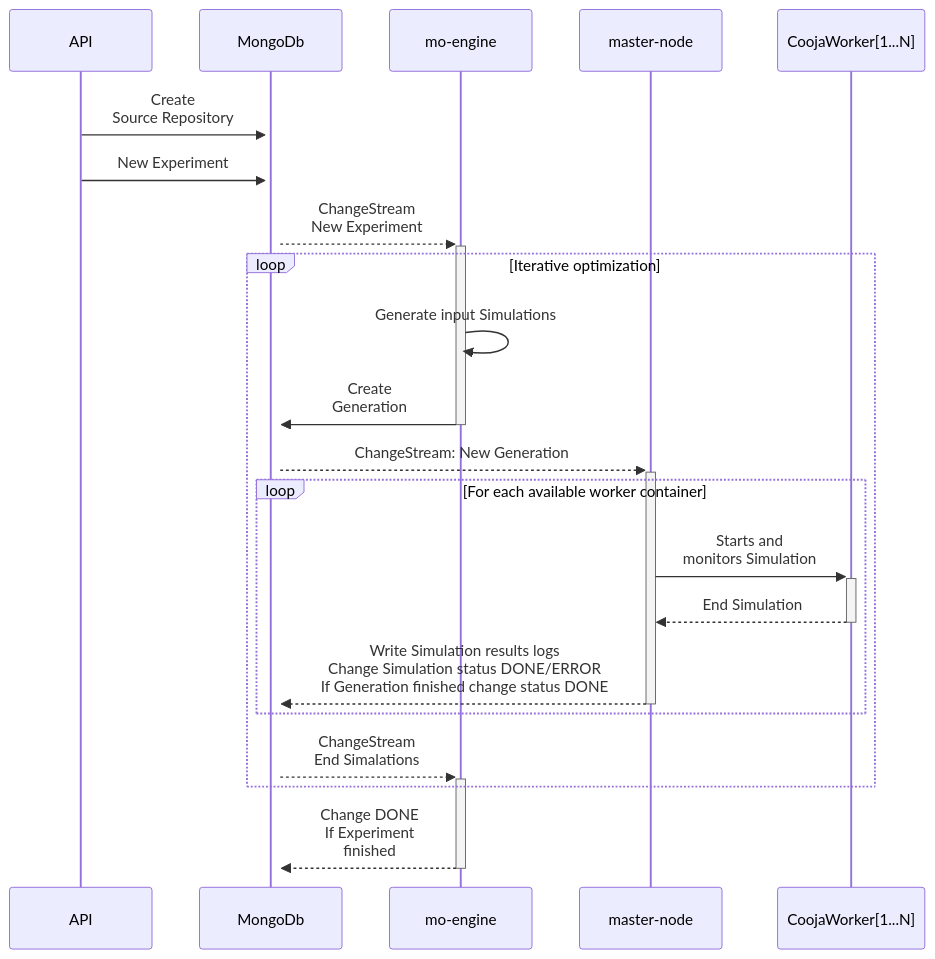
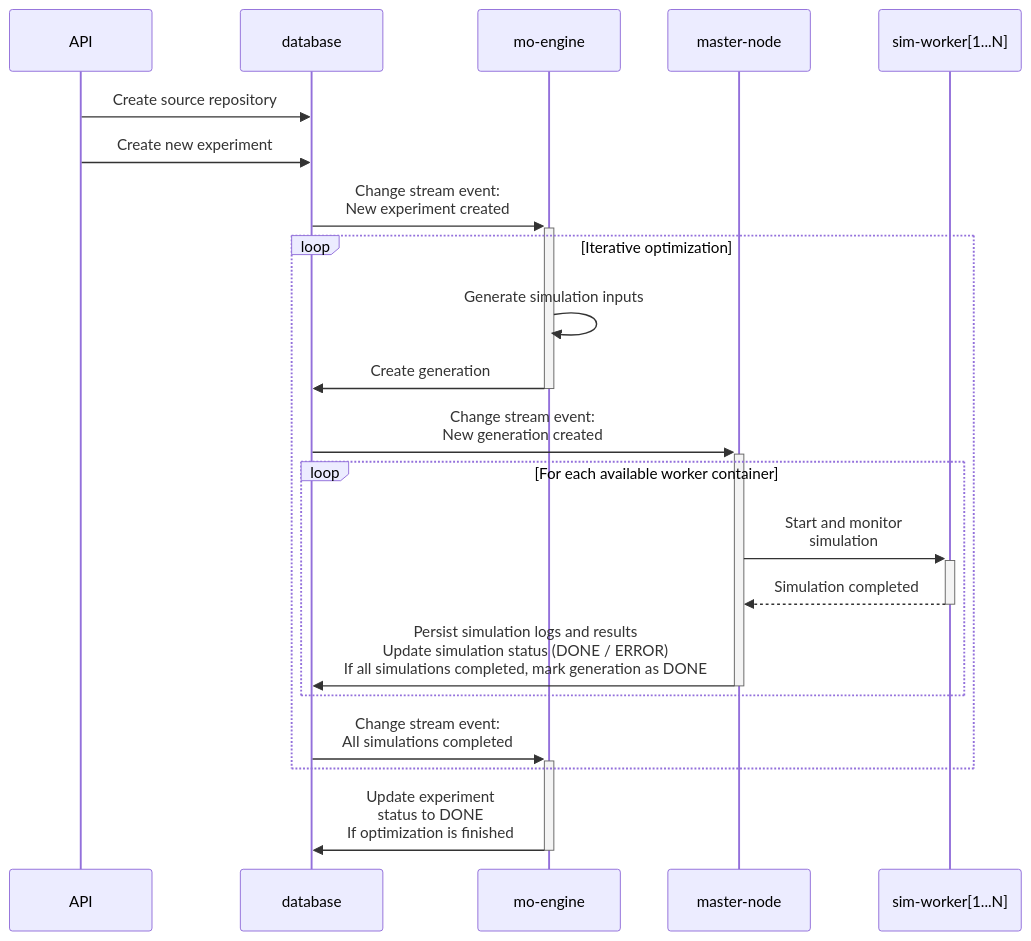
Before and after one commit to JunioCesarFerreira/simlab: the diagram in README.md, drawn with Mermaid. The commit also changed other lines of this file and 4 other files, not shown here.

Commit message:
doc: upgrade diagrams

````diff
--- a/README.md
+++ b/README.md
@@ -63,21 +63,25 @@
 ```mermaid
 sequenceDiagram
-    API->>+MongoDb: Create<br/>Source Repository
-    API->>+MongoDb: New Experiment
+    API->>database: Create source repository
+    API->>database: Create new experiment
     
-    MongoDb-->>+mo-engine: ChangeStream<br/>New Experiment
+    database->>+mo-engine: Change stream event:<br/>New experiment created
     
     loop Iterative optimization
-        mo-engine->>mo-engine: Generate input Simulations
-        mo-engine->>-MongoDb: Create<br/>Generation
+        mo-engine->>mo-engine: Generate simulation inputs
+        mo-engine->>-database: Create generation
         
-        MongoDb-->>+master-node: ChangeStream: New Generation
+        database->>+master-node: Change stream event:<br/>New generation created
+        
         loop For each available worker container
-            master-node->>+CoojaWorker[1...N]: Starts and<br/>monitors Simulation
-            CoojaWorker[1...N]-->>-master-node: End Simulation              
-            master-node-->>-MongoDb: Write Simulation results logs<br/>Change Simulation status DONE/ERROR<br/>If Generation finished change status DONE
+            master-node->>+sim-worker[1...N]: Start and monitor<br/>simulation
+            sim-worker[1...N]-->>-master-node: Simulation completed
+            master-node->>-database: Persist simulation logs and results<br/>Update simulation status (DONE / ERROR)<br/>If all simulations completed, mark generation as DONE
         end
-        MongoDb-->>+mo-engine: ChangeStream<br/>End Simalations 
+        
+        database->>+mo-engine: Change stream event:<br/>All simulations completed
     end
-    mo-engine-->>-MongoDb: Change DONE<br/>If Experiment<br/>finished
+    
+    mo-engine->>-database: Update experiment<br/>status to DONE<br/>If optimization is finished
+
 ```
````
